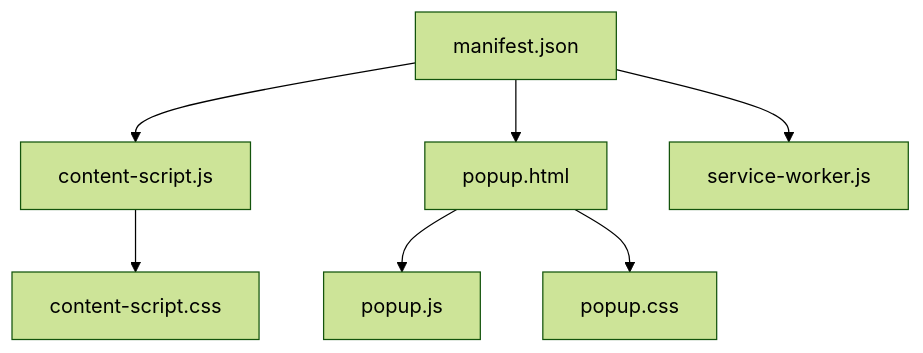
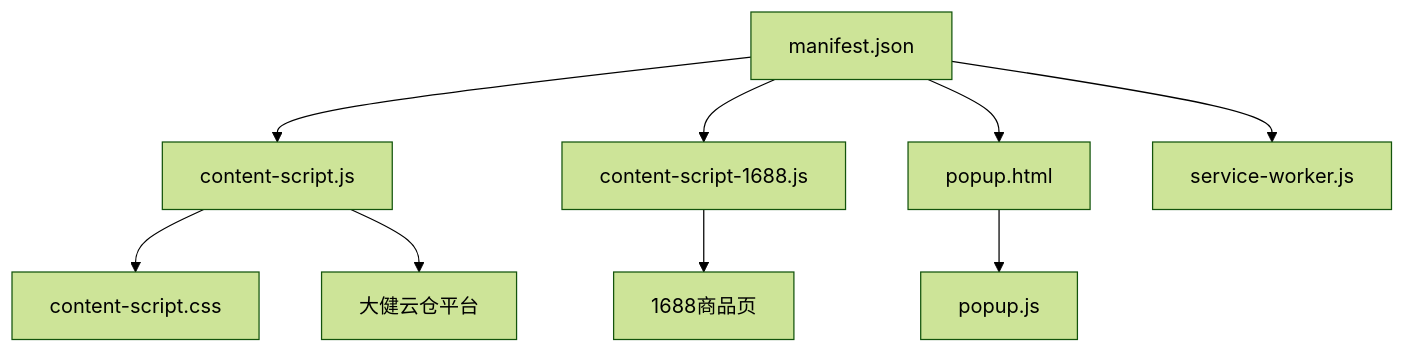
One commit to iljahofbauer219-lang/yandu changed the first of 6 diagrams in .qoder/repowiki/zh/content/浏览器扩展/浏览器扩展.md. Above: the diagram before and after it, drawn with Mermaid (forest theme). The commit also changed other lines of this file and 3071 other files, not shown here.

````diff
--- a/.qoder/repowiki/zh/content/浏览器扩展/浏览器扩展.md
+++ b/.qoder/repowiki/zh/content/浏览器扩展/浏览器扩展.md
@@ -37,9 +45,11 @@
 ```mermaid
 graph TB
 A["manifest.json"] --> B["content-script.js"]
-A --> C["popup.html"]
-A --> D["service-worker.js"]
-C --> E["popup.js"]
-C --> F["popup.css"]
+A --> C["content-script-1688.js"]
+A --> D["popup.html"]
+A --> E["service-worker.js"]
+D --> F["popup.js"]
 B --> G["content-script.css"]
+C --> H["1688商品页"]
+B --> I["大健云仓平台"]
 ```
````
